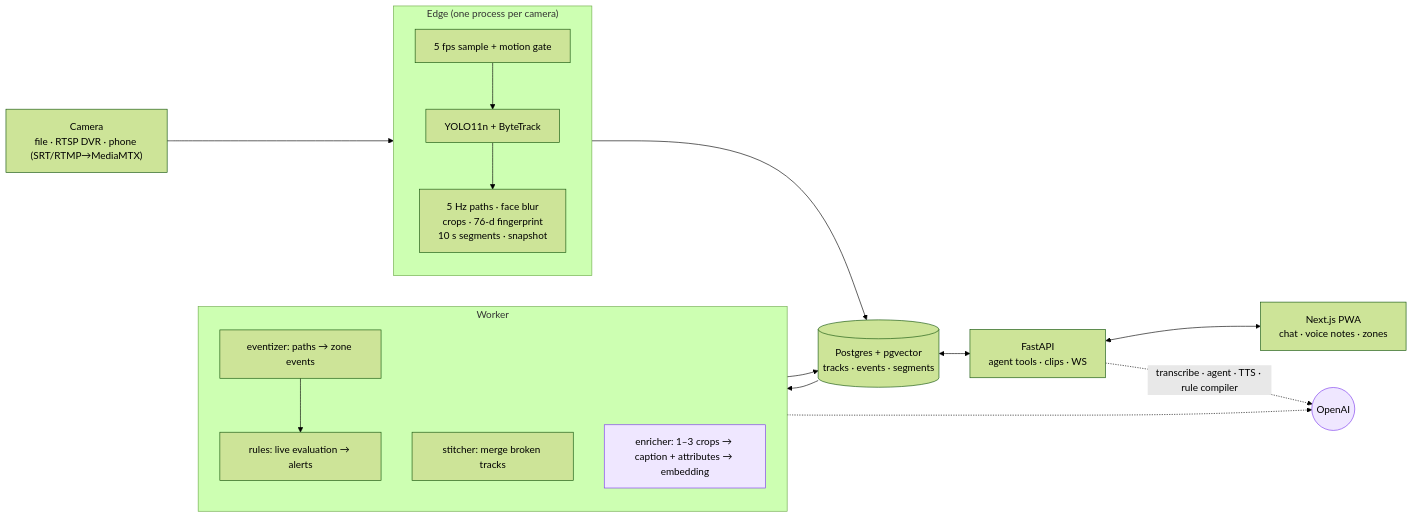
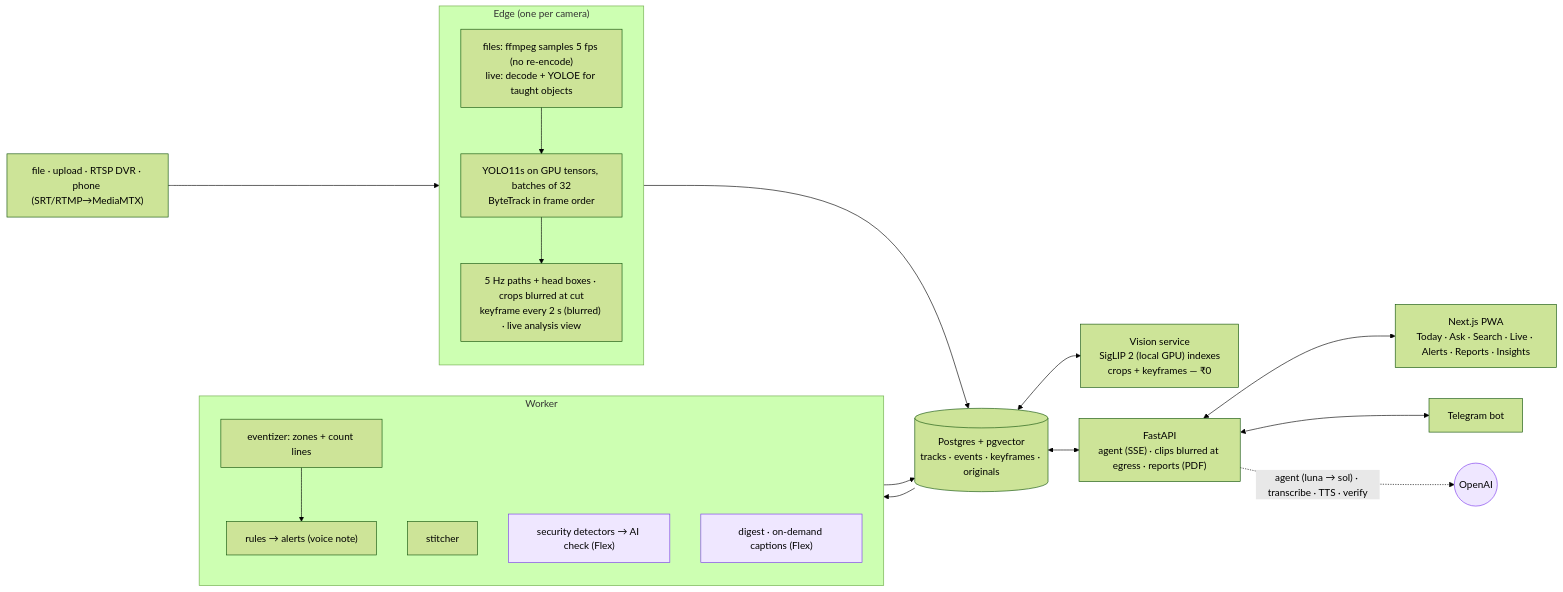
One commit to Shivansh0911/Nazar changed the diagram in README.md. Above: the diagram before and after it, drawn with Mermaid (forest theme). The commit also changed other lines of this file and 56 other files, not shown here.

````diff
--- a/README.md
+++ b/README.md
@@ -61,22 +56,24 @@
 ```mermaid
 flowchart LR
-  cam["Camera<br/>file · RTSP DVR · phone (SRT/RTMP→MediaMTX)"] --> edge
-  subgraph edge["Edge (one process per camera)"]
+  src["file · upload · RTSP DVR · phone (SRT/RTMP→MediaMTX)"] --> edge
+  subgraph edge["Edge (one per camera)"]
     direction TB
-    e1["5 fps sample + motion gate"] --> e2["YOLO11n + ByteTrack"] --> e3["5 Hz paths · face blur<br/>crops · 76-d fingerprint<br/>10 s segments · snapshot"]
+    e1["files: ffmpeg samples 5 fps (no re-encode)<br/>live: decode + YOLOE for taught objects"] --> e2["YOLO11s on GPU tensors, batches of 32<br/>ByteTrack in frame order"] --> e3["5 Hz paths + head boxes · crops blurred at cut<br/>keyframe every 2 s (blurred) · live analysis view"]
   end
-  edge --> pg[("Postgres + pgvector<br/>tracks · events · segments")]
+  edge --> pg[("Postgres + pgvector<br/>tracks · events · keyframes · originals")]
+  pg <--> vis["Vision service<br/>SigLIP 2 (local GPU) indexes<br/>crops + keyframes — ₹0"]
   pg --> worker
   subgraph worker["Worker"]
     direction TB
-    w1["eventizer: paths → zone events"] --> w2["rules: live evaluation → alerts"]
-    w3["stitcher: merge broken tracks"]
-    w4["enricher: 1–3 crops → caption + attributes → embedding"]:::ai
+    w1["eventizer: zones + count lines"] --> w2["rules → alerts (voice note)"]
+    w3["stitcher"]
+    w4["security detectors → AI check (Flex)"]:::ai
+    w5["digest · on-demand captions (Flex)"]:::ai
   end
   worker --> pg
-  pg <--> api["FastAPI<br/>agent tools · clips · WS"]
-  api <--> web["Next.js PWA<br/>chat · voice notes · zones"]
-  api -. "transcribe · agent · TTS · rule compiler" .-> oai(("OpenAI")):::ai
-  w4 -.-> oai
+  pg <--> api["FastAPI<br/>agent (SSE) · clips blurred at egress · reports (PDF)"]
+  api <--> web["Next.js PWA<br/>Today · Ask · Search · Live · Alerts · Reports · Insights"]
+  api <--> tg["Telegram bot"]
+  api -. "agent (luna → sol) · transcribe · TTS · verify" .-> oai(("OpenAI")):::ai
   classDef ai fill:#efe7ff,stroke:#7c3aed
 ```
````
